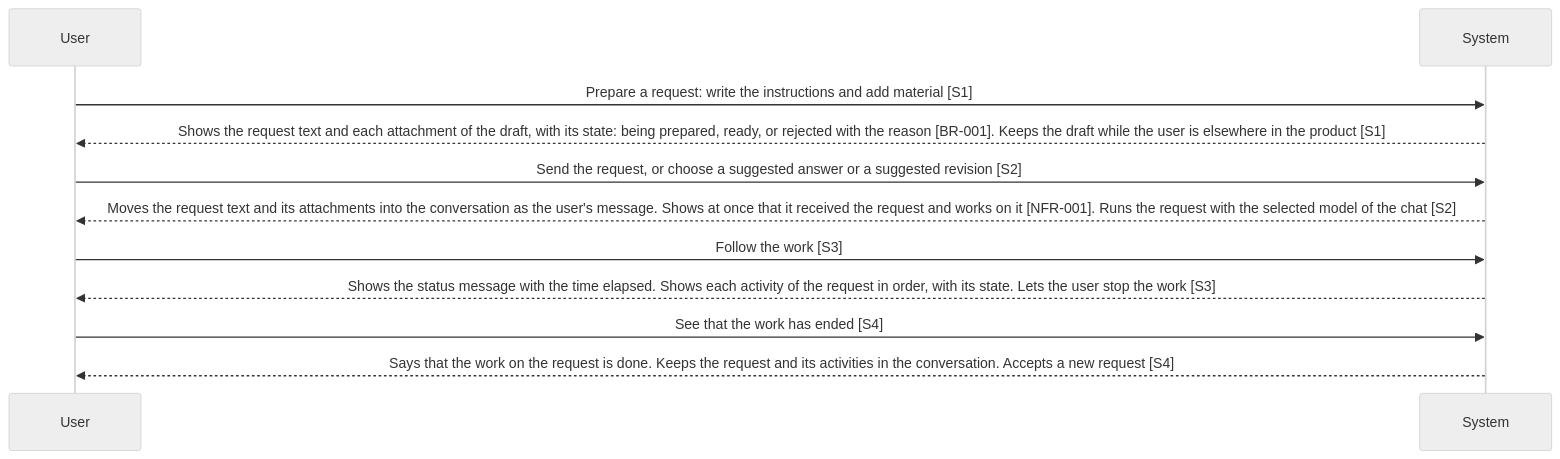
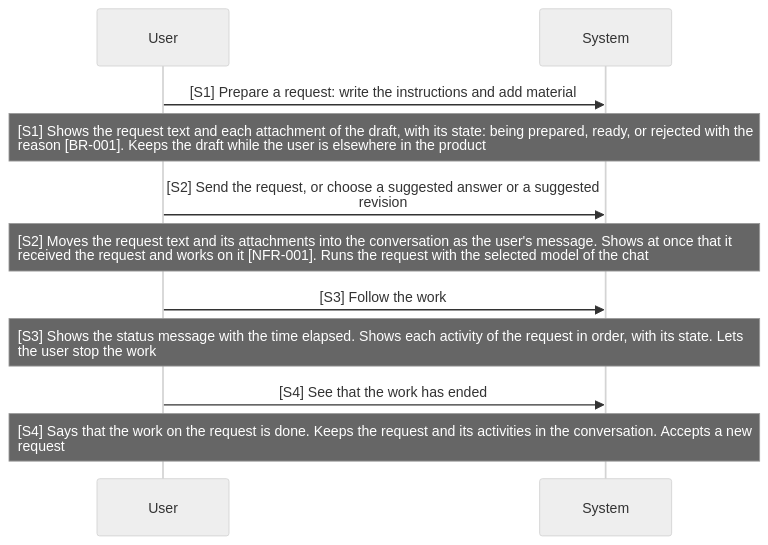
One commit to Luke23127006/DeckAgent changed the diagram in dev/mvp/spec/02-use-cases/UC-003.md. Above: the diagram before and after it, drawn with Mermaid (neutral theme). The commit also changed other lines of this file and 21 other files, not shown here.

First line of the commit message:
docs(spec): make the use case diagram the source of step text

````diff
--- a/dev/mvp/spec/02-use-cases/UC-003.md
+++ b/dev/mvp/spec/02-use-cases/UC-003.md
@@ -15,13 +12,14 @@
 ```mermaid
+%%{init: {"fontFamily": "inherit", "sequence": {"wrap": true, "actorMargin": 350, "messageFontSize": 14, "noteFontSize": 14, "actorFontSize": 14, "noteAlign": "left"}}}%%
 sequenceDiagram
   participant U as User
   participant S as System
-  U->>S: Prepare a request: write the instructions and add material [S1]
-  S-->>U: Shows the request text and each attachment of the draft, with its state: being prepared, ready, or rejected with the reason [BR-001]. Keeps the draft while the user is elsewhere in the product [S1]
-  U->>S: Send the request, or choose a suggested answer or a suggested revision [S2]
-  S-->>U: Moves the request text and its attachments into the conversation as the user's message. Shows at once that it received the request and works on it [NFR-001]. Runs the request with the selected model of the chat [S2]
-  U->>S: Follow the work [S3]
-  S-->>U: Shows the status message with the time elapsed. Shows each activity of the request in order, with its state. Lets the user stop the work [S3]
-  U->>S: See that the work has ended [S4]
-  S-->>U: Says that the work on the request is done. Keeps the request and its activities in the conversation. Accepts a new request [S4]
+  U->>S: [S1] Prepare a request: write the instructions and add material
+  Note over U,S: [S1] Shows the request text and each attachment of the draft, with its state: being prepared, ready, or rejected with the reason [BR-001]. Keeps the draft while the user is elsewhere in the product
+  U->>S: [S2] Send the request, or choose a suggested answer or a suggested revision
+  Note over U,S: [S2] Moves the request text and its attachments into the conversation as the user's message. Shows at once that it received the request and works on it [NFR-001]. Runs the request with the selected model of the chat
+  U->>S: [S3] Follow the work
+  Note over U,S: [S3] Shows the status message with the time elapsed. Shows each activity of the request in order, with its state. Lets the user stop the work
+  U->>S: [S4] See that the work has ended
+  Note over U,S: [S4] Says that the work on the request is done. Keeps the request and its activities in the conversation. Accepts a new request
 ```
````
